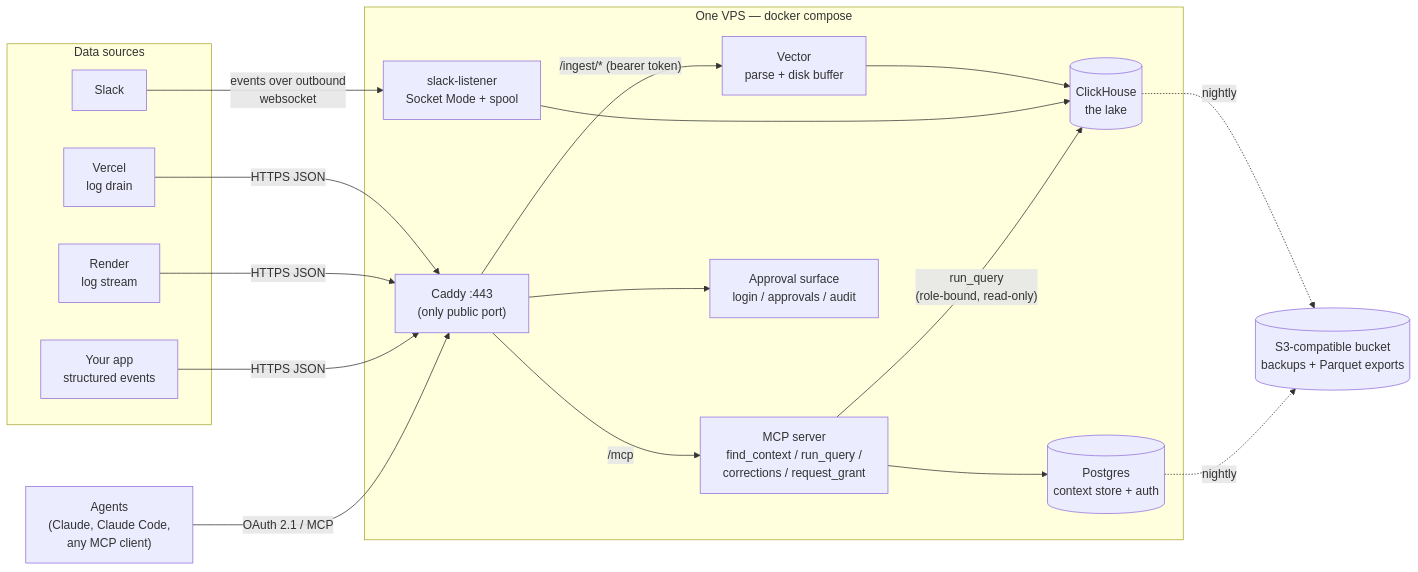
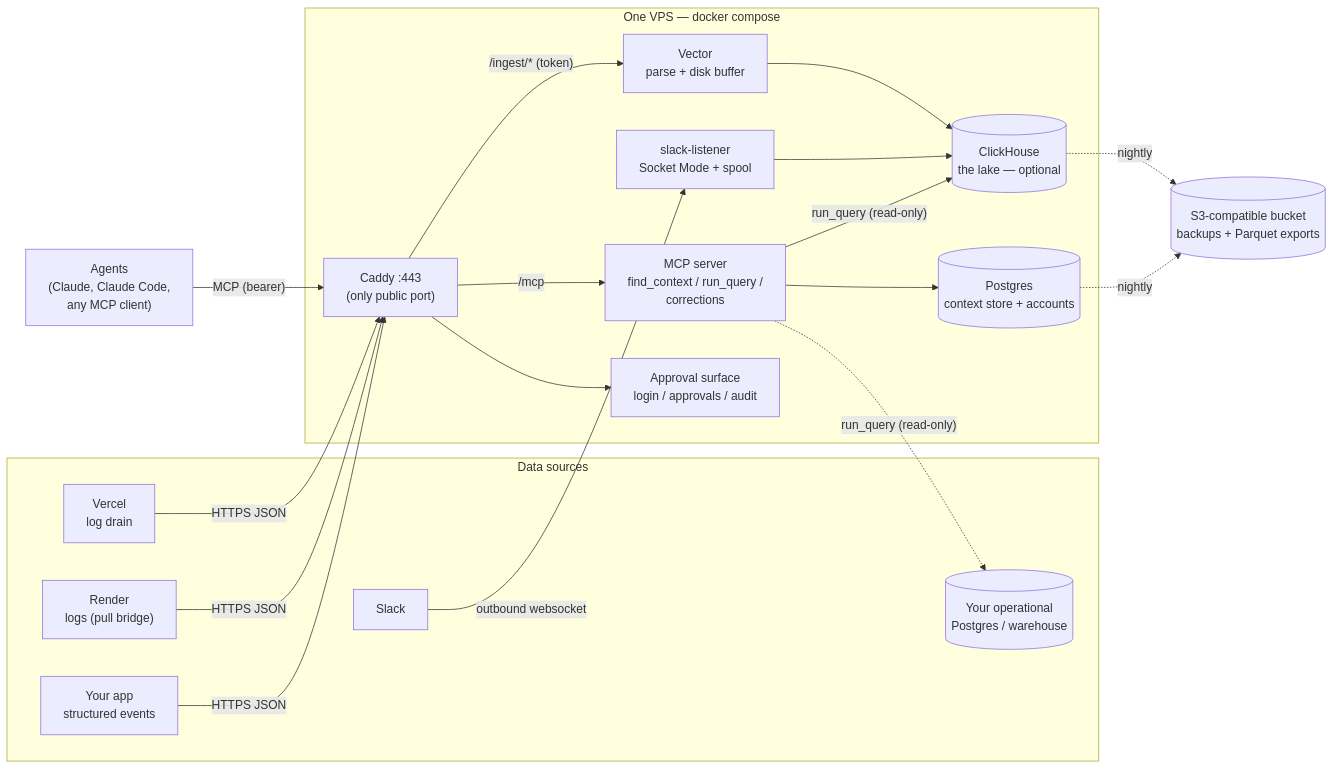
One commit to Hedgy-Labs/setoku changed the first of 2 diagrams in README.md. Above: the diagram before and after it, drawn with Mermaid. The commit also changed other lines of this file, not shown here.

````diff
--- a/README.md
+++ b/README.md
@@ -97,37 +124,39 @@
 ```mermaid
 flowchart LR
     subgraph sources["Data sources"]
         V["Vercel<br/>log drain"]
-        R["Render<br/>log stream"]
+        R["Render<br/>logs (pull bridge)"]
         S["Slack"]
         A["Your app<br/>structured events"]
+        PGsrc[("Your operational<br/>Postgres / warehouse")]
     end
 
     subgraph box["One VPS — docker compose"]
         C["Caddy :443<br/>(only public port)"]
         VE["Vector<br/>parse + disk buffer"]
         SL["slack-listener<br/>Socket Mode + spool"]
-        CH[("ClickHouse<br/>the lake")]
-        PG[("Postgres<br/>context store + auth")]
-        M["MCP server<br/>find_context / run_query /<br/>corrections / request_grant"]
+        CH[("ClickHouse<br/>the lake — optional")]
+        PG[("Postgres<br/>context store + accounts")]
+        M["MCP server<br/>find_context / run_query /<br/>corrections"]
         W["Approval surface<br/>login / approvals / audit"]
     end
 
     AG["Agents<br/>(Claude, Claude Code,<br/>any MCP client)"]
     S3[("S3-compatible bucket<br/>backups + Parquet exports")]
 
     V -- "HTTPS JSON" --> C
     R -- "HTTPS JSON" --> C
     A -- "HTTPS JSON" --> C
-    S -- "events over outbound<br/>websocket" --> SL
-    C -- "/ingest/* (bearer token)" --> VE
+    S -- "outbound websocket" --> SL
+    C -- "/ingest/* (token)" --> VE
     VE --> CH
     SL --> CH
-    AG -- "OAuth 2.1 / MCP" --> C
+    AG -- "MCP (bearer)" --> C
     C -- "/mcp" --> M
     C --> W
     M --> PG
-    M -- "run_query<br/>(role-bound, read-only)" --> CH
+    M -- "run_query (read-only)" --> CH
+    M -. "run_query (read-only)" .-> PGsrc
     CH -. "nightly" .-> S3
     PG -. "nightly" .-> S3
 ```
````
